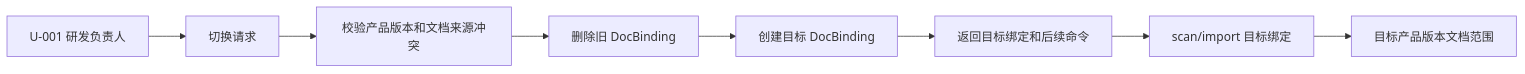
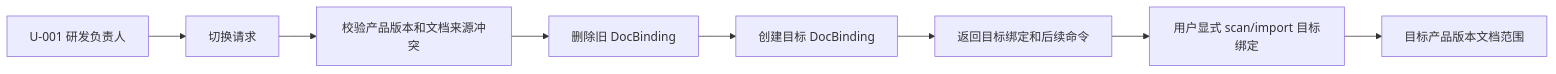
One commit to XuJiachengZust/NeoDev changed the first of 2 diagrams in docs/requirements/doc-binding-switch/features/F001-doc-binding-switch.md. Above: the diagram before and after it, drawn with Mermaid. The commit also changed other lines of this file and 4 other files, not shown here.

````diff
--- a/docs/requirements/doc-binding-switch/features/F001-doc-binding-switch.md
+++ b/docs/requirements/doc-binding-switch/features/F001-doc-binding-switch.md
@@ -111,10 +111,10 @@
 ```mermaid
 flowchart LR
   User[U-001 研发负责人] --> Request[切换请求]
   Request --> Validate[校验产品版本和文档来源冲突]
   Validate --> DeleteOld[删除旧 DocBinding]
   DeleteOld --> CreateNew[创建目标 DocBinding]
   CreateNew --> Response[返回目标绑定和后续命令]
-  Response --> ScanImport[scan/import 目标绑定]
-  ScanImport --> VersionScope[目标产品版本文档范围]
+  Response --> ManualScanImport[用户显式 scan/import 目标绑定]
+  ManualScanImport --> VersionScope[目标产品版本文档范围]
 ```
````
